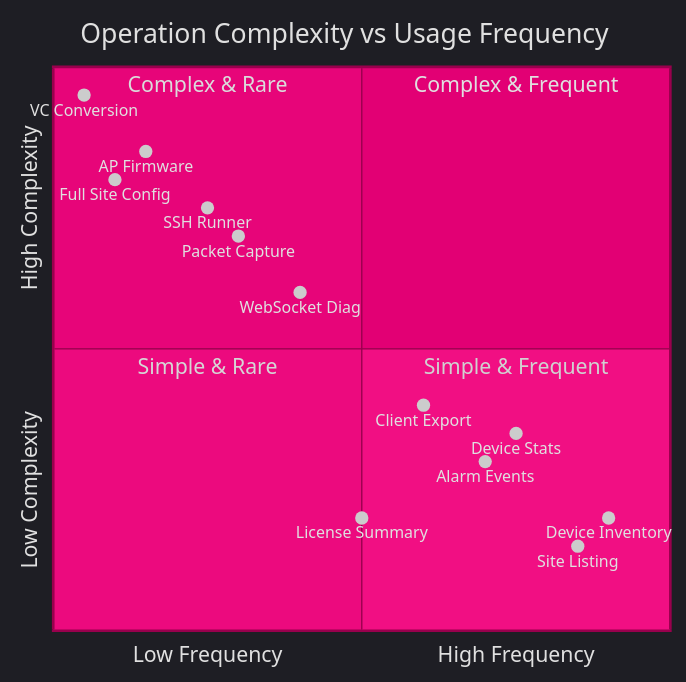
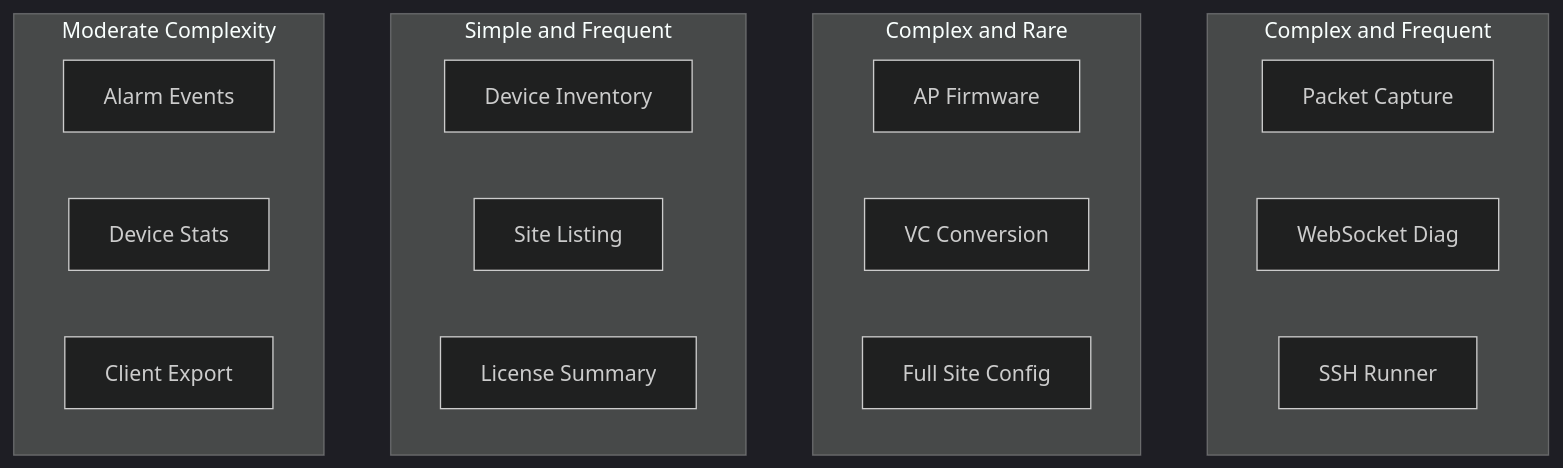
The second of 5 diagrams in documentation/diagrams/operations/metrics-and-analytics.md (jmorrison-juniper/MistHelper), drawn with Mermaid before and after one commit. The commit also changed other lines of this file and 7 other files, not shown here.

Commit message:
fix: convert unsupported Mermaid diagrams to GitHub-compatible types, add hypothesis to container build

````diff
--- a/documentation/diagrams/operations/metrics-and-analytics.md
+++ b/documentation/diagrams/operations/metrics-and-analytics.md
@@ -45,31 +45,35 @@
 ```mermaid
 %%{init: {'theme': 'dark', 'themeVariables': {
   'primaryColor': '#E20074',
   'primaryTextColor': '#E0E0E0',
   'primaryBorderColor': '#99004D',
   'lineColor': '#FF4DA6',
   'secondaryColor': '#16213E',
   'tertiaryColor': '#1A1A2E',
   'fontFamily': 'ui-monospace, monospace'
 }}}%%
-quadrantChart
-    title Operation Complexity vs Usage Frequency
-    x-axis Low Frequency --> High Frequency
-    y-axis Low Complexity --> High Complexity
-    quadrant-1 Complex & Frequent
-    quadrant-2 Complex & Rare
-    quadrant-3 Simple & Rare
-    quadrant-4 Simple & Frequent
-    Device Inventory: [0.9, 0.2]
-    Site Listing: [0.85, 0.15]
-    Alarm Events: [0.7, 0.3]
-    Device Stats: [0.75, 0.35]
-    Client Export: [0.6, 0.4]
-    Packet Capture: [0.3, 0.7]
-    WebSocket Diag: [0.4, 0.6]
-    AP Firmware: [0.15, 0.85]
-    VC Conversion: [0.05, 0.95]
-    SSH Runner: [0.25, 0.75]
-    Full Site Config: [0.1, 0.8]
-    License Summary: [0.5, 0.2]
+flowchart TB
+    subgraph q1["Complex and Frequent"]
+        pcap["Packet Capture"]
+        ws["WebSocket Diag"]
+        ssh["SSH Runner"]
+    end
+
+    subgraph q2["Complex and Rare"]
+        fw["AP Firmware"]
+        vc["VC Conversion"]
+        fsc["Full Site Config"]
+    end
+
+    subgraph q3["Simple and Frequent"]
+        inv["Device Inventory"]
+        sites["Site Listing"]
+        lic["License Summary"]
+    end
+
+    subgraph q4["Moderate Complexity"]
+        alarms["Alarm Events"]
+        stats["Device Stats"]
+        clients["Client Export"]
+    end
 ```
````
